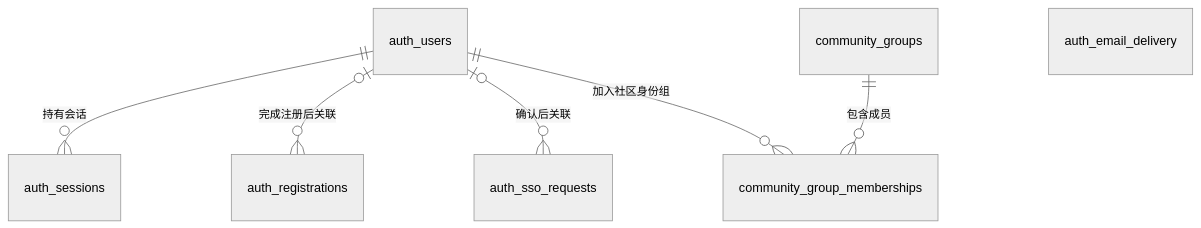
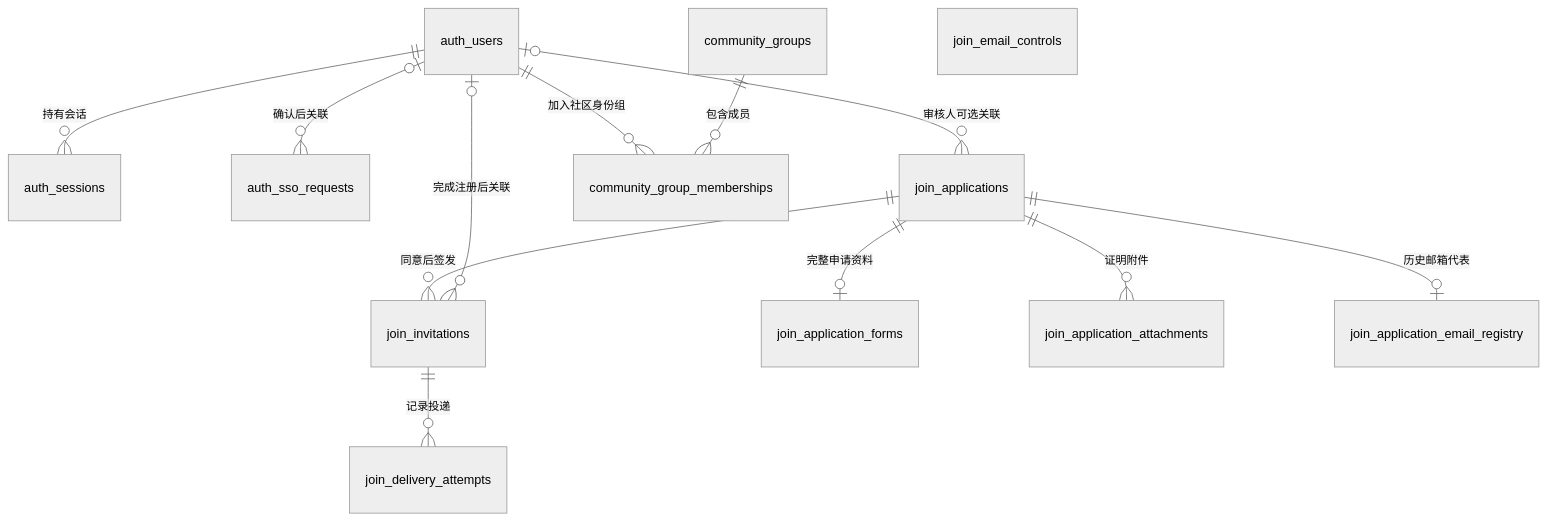
One commit to Xiamolc007/ExService changed the diagram in .ai/databases/data-model.md. Above: the diagram before and after it, drawn with Mermaid (neutral theme). The commit also changed other lines of this file and 15 other files, not shown here.

First line of the commit message:
docs: document complete join applications and invitation lifecycle

````diff
--- a/.ai/databases/data-model.md
+++ b/.ai/databases/data-model.md
@@ -11,9 +11,15 @@
 ```mermaid
 erDiagram
     auth_users ||--o{ auth_sessions : "持有会话"
-    auth_users |o--o{ auth_registrations : "完成注册后关联"
     auth_users |o--o{ auth_sso_requests : "确认后关联"
+    join_applications ||--o{ join_invitations : "同意后签发"
+    join_applications ||--o| join_application_forms : "完整申请资料"
+    join_applications ||--o{ join_application_attachments : "证明附件"
+    join_applications ||--o| join_application_email_registry : "历史邮箱代表"
+    auth_users |o--o{ join_applications : "审核人可选关联"
+    auth_users |o--o{ join_invitations : "完成注册后关联"
+    join_invitations ||--o{ join_delivery_attempts : "记录投递"
     auth_users ||--o{ community_group_memberships : "加入社区身份组"
     community_groups ||--o{ community_group_memberships : "包含成员"
-    auth_email_delivery
+    join_email_controls
 ```
````
